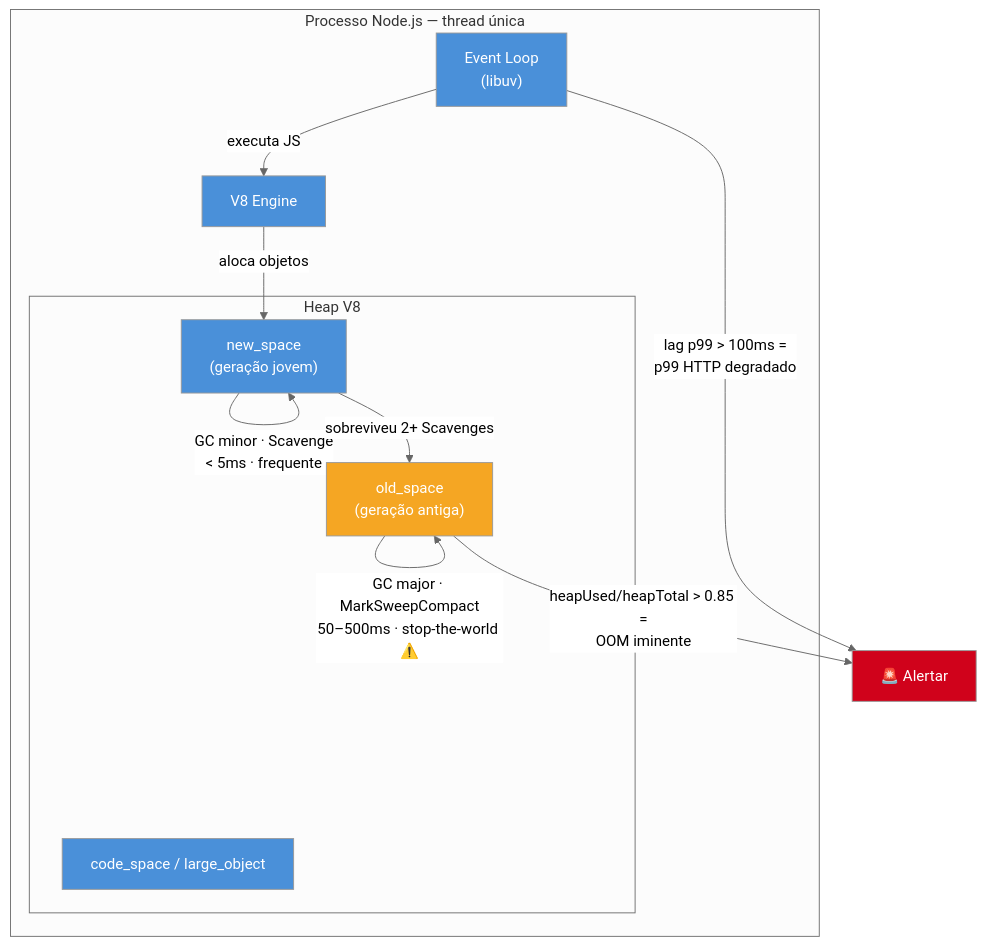
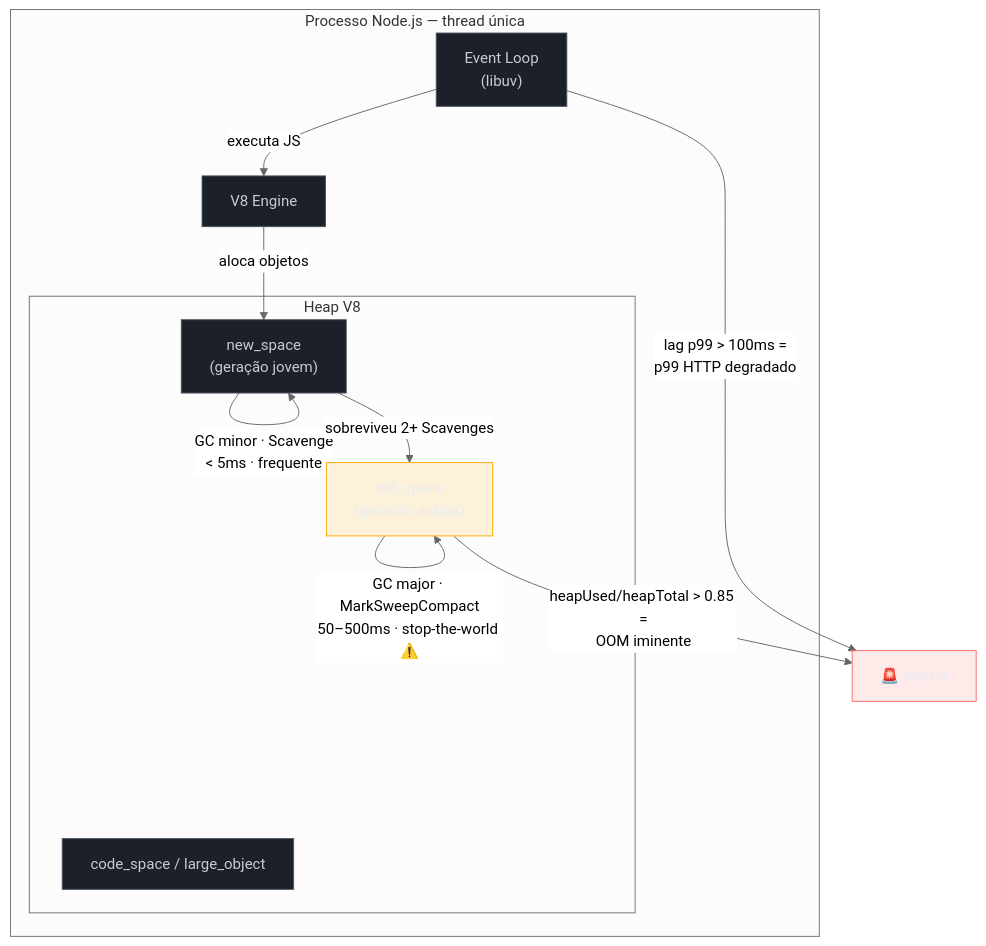
Before and after one commit to josenaldo/codex-technomanticus: the diagram in 03-Dominios/Tecnologia/Node/Observability e produção/05 - Node-specific metrics - event loop lag, GC, heap.md, drawn with Mermaid (neutral theme). The commit also changed 1181 other files, not shown here.

First line of the commit message:
fix(diagramas): paleta do sistema no lugar de cor cravada no markdown

````diff
--- a/03-Dominios/Tecnologia/Node/Observability e produção/05 - Node-specific metrics - event loop lag, GC, heap.md
+++ b/03-Dominios/Tecnologia/Node/Observability e produção/05 - Node-specific metrics - event loop lag, GC, heap.md
@@ -34,28 +34,31 @@
 ```mermaid
 flowchart TB
+    classDef neutro fill:#1B2029,stroke:#4E5666,color:#C6CCD8
+    classDef destaque fill:#FFAA0024,stroke:#FFAA00,color:#E9ECF2
+    classDef falha fill:#FF6B6B24,stroke:#FF6B6B,color:#E9ECF2
     subgraph proc["Processo Node.js — thread única"]
         EL["Event Loop\n(libuv)"]
         V8["V8 Engine"]
         subgraph heap["Heap V8"]
             NS["new_space\n(geração jovem)"]
             OS["old_space\n(geração antiga)"]
             CS["code_space / large_object"]
         end
         EL -->|"executa JS"| V8
         V8 -->|"aloca objetos"| NS
     end
 
     NS -->|"GC minor · Scavenge\n< 5ms · frequente"| NS
     NS -->|"sobreviveu 2+ Scavenges"| OS
     OS -->|"GC major · MarkSweepCompact\n50–500ms · stop-the-world ⚠️"| OS
 
     EL -->|"lag p99 > 100ms =\np99 HTTP degradado"| AL["🚨 Alertar"]
     OS -->|"heapUsed/heapTotal > 0.85 =\nOOM iminente"| AL
 
-    style EL fill:#4A90D9,color:#fff
-    style V8 fill:#4A90D9,color:#fff
-    style NS fill:#4A90D9,color:#fff
-    style OS fill:#F5A623,color:#fff
-    style CS fill:#4A90D9,color:#fff
-    style AL fill:#D0021B,color:#fff
+    class EL neutro
+    class V8 neutro
+    class NS neutro
+    class OS destaque
+    class CS neutro
+    class AL falha
 ```
````
